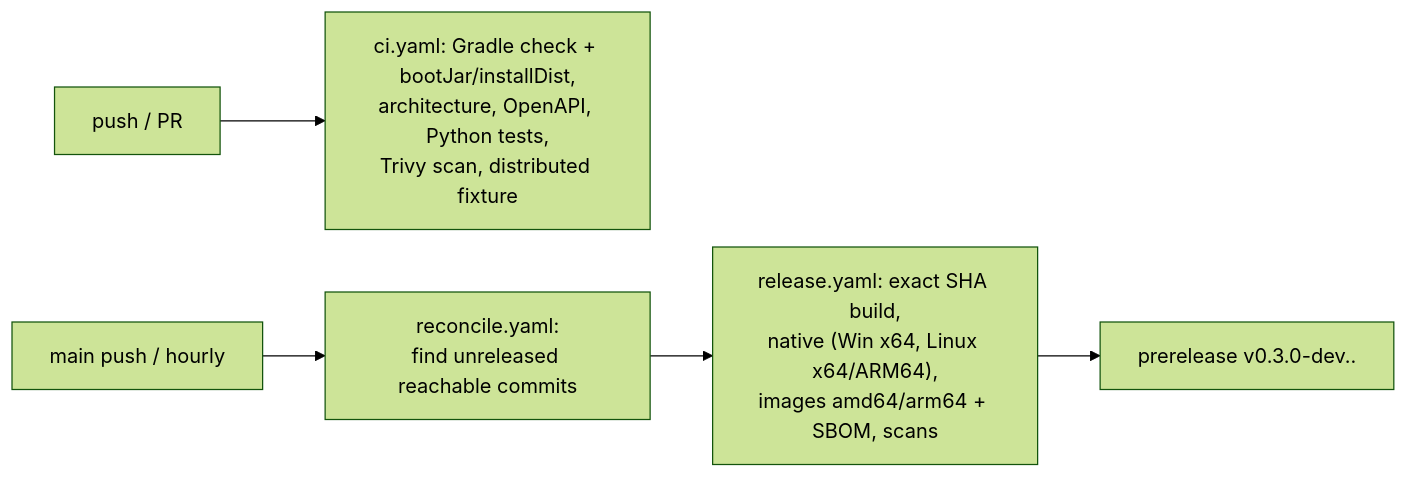
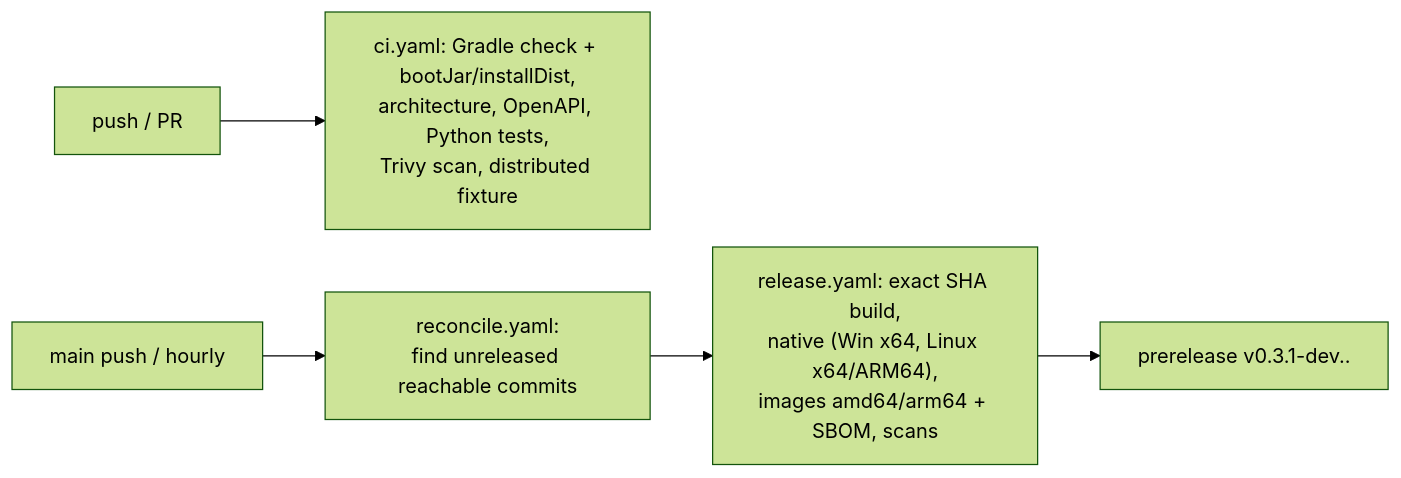
One commit to athegreat90/minecraft-modsync changed diagram 12 of 12 in docs/GUIDE.md. Above: the diagram before and after it, drawn with Mermaid (forest theme). The commit also changed 37 other files, not shown here.

````diff
--- a/docs/GUIDE.md
+++ b/docs/GUIDE.md
@@ -384,7 +384,7 @@
 ```mermaid
 flowchart LR
   PR[push / PR] --> CI["ci.yaml: Gradle check + bootJar/installDist,\narchitecture, OpenAPI, Python tests,\nTrivy scan, distributed fixture"]
   main[main push / hourly] --> REC["reconcile.yaml:\nfind unreleased reachable commits"]
   REC --> REL["release.yaml: exact SHA build,\nnative (Win x64, Linux x64/ARM64),\nimages amd64/arm64 + SBOM, scans"]
-  REL --> PRE["prerelease v0.3.0-dev.<time>.<sha>"]
+  REL --> PRE["prerelease v0.3.1-dev.<time>.<sha>"]
 ```
````
